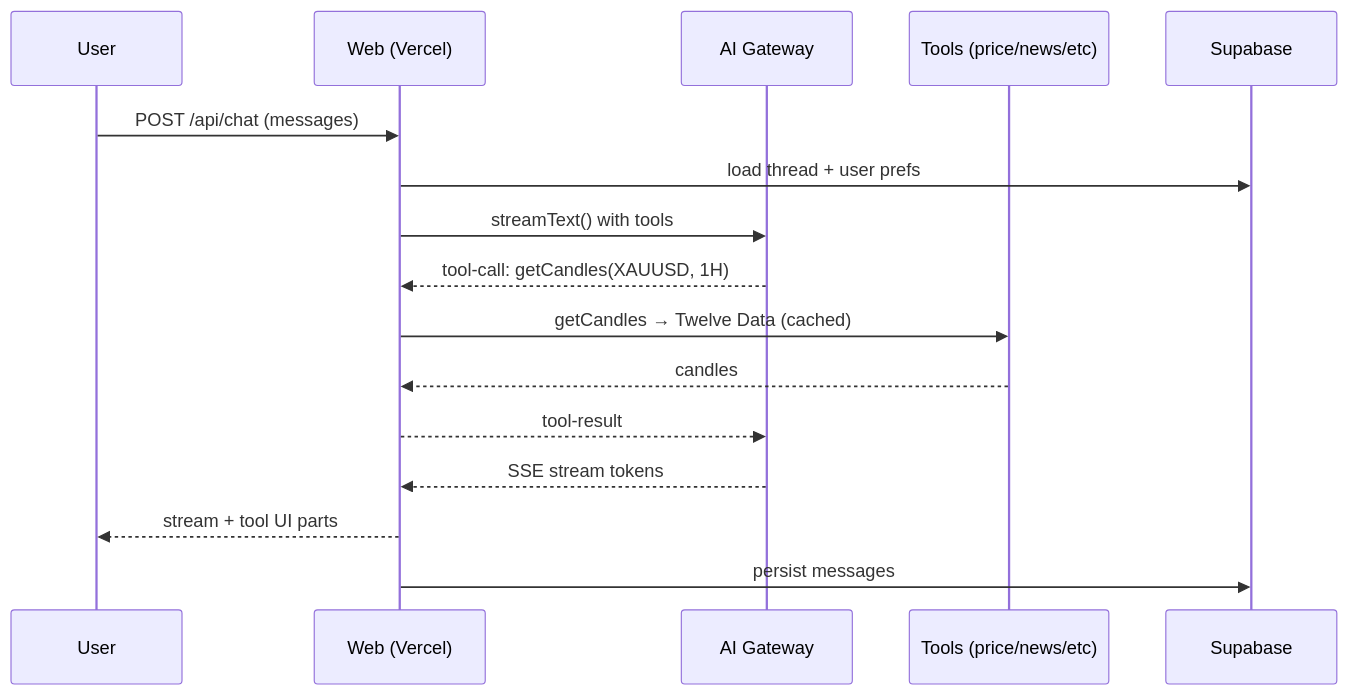
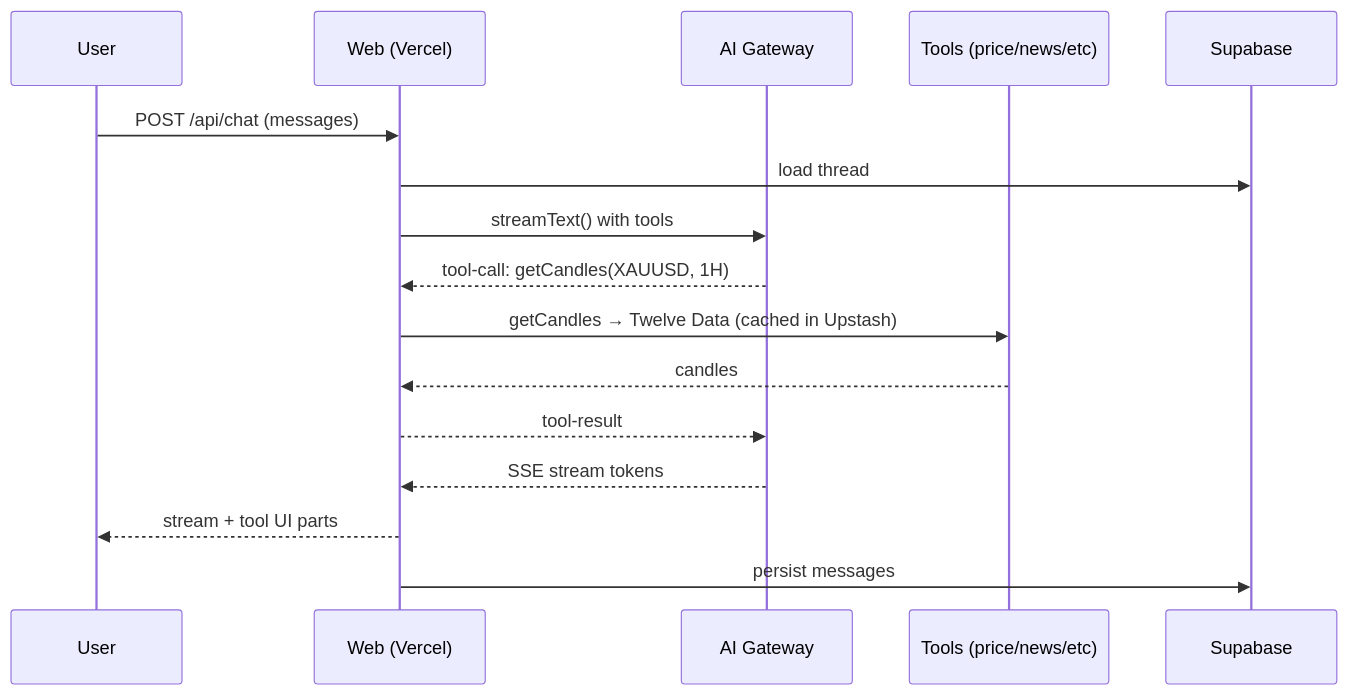
Before and after one commit to HamaFx/HamaFX-Ai: the second of 5 diagrams in docs/01-architecture.md, drawn with Mermaid. The commit also changed other lines of this file and 17 other files, not shown here.

````diff
--- a/docs/01-architecture.md
+++ b/docs/01-architecture.md
@@ -91,19 +80,19 @@
 ```mermaid
 sequenceDiagram
     participant U as User
     participant W as Web (Vercel)
     participant G as AI Gateway
     participant T as Tools (price/news/etc)
     participant S as Supabase
 
     U->>W: POST /api/chat (messages)
-    W->>S: load thread + user prefs
+    W->>S: load thread
     W->>G: streamText() with tools
     G-->>W: tool-call: getCandles(XAUUSD, 1H)
-    W->>T: getCandles → Twelve Data (cached)
+    W->>T: getCandles → Twelve Data (cached in Upstash)
     T-->>W: candles
     W-->>G: tool-result
     G-->>W: SSE stream tokens
     W-->>U: stream + tool UI parts
     W->>S: persist messages
 ```
````
